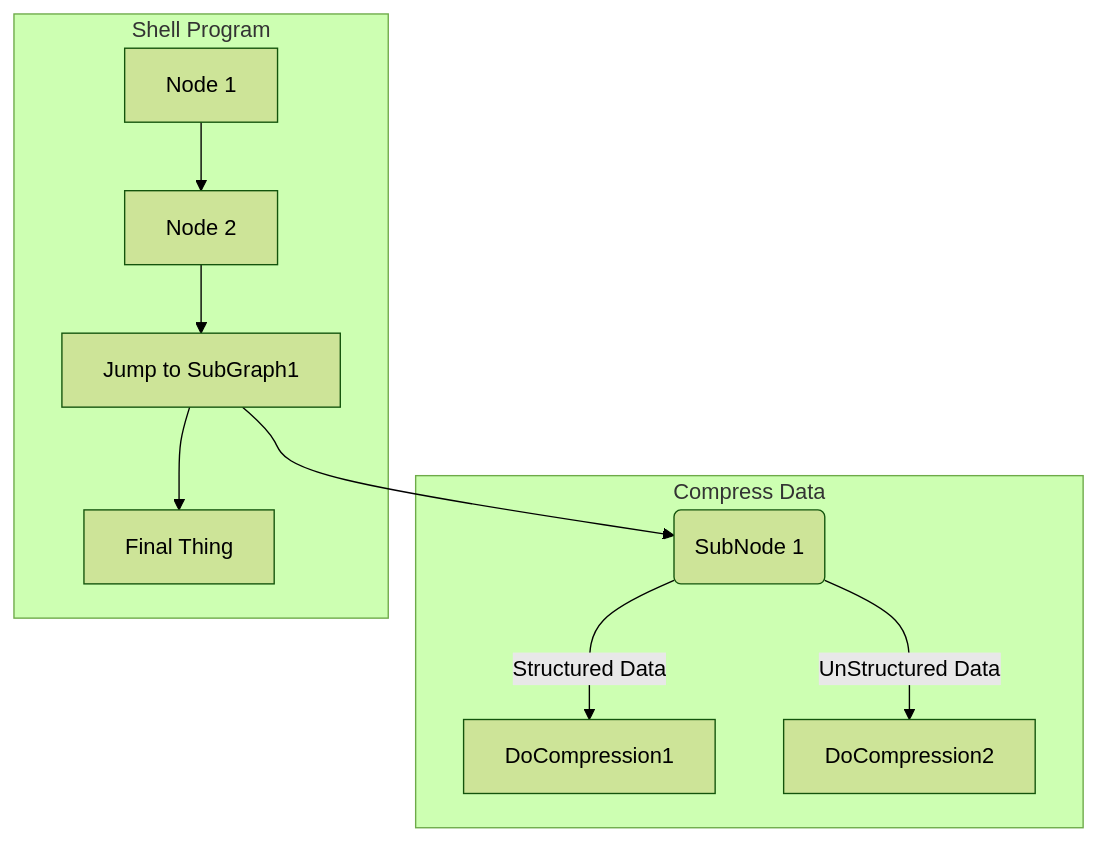
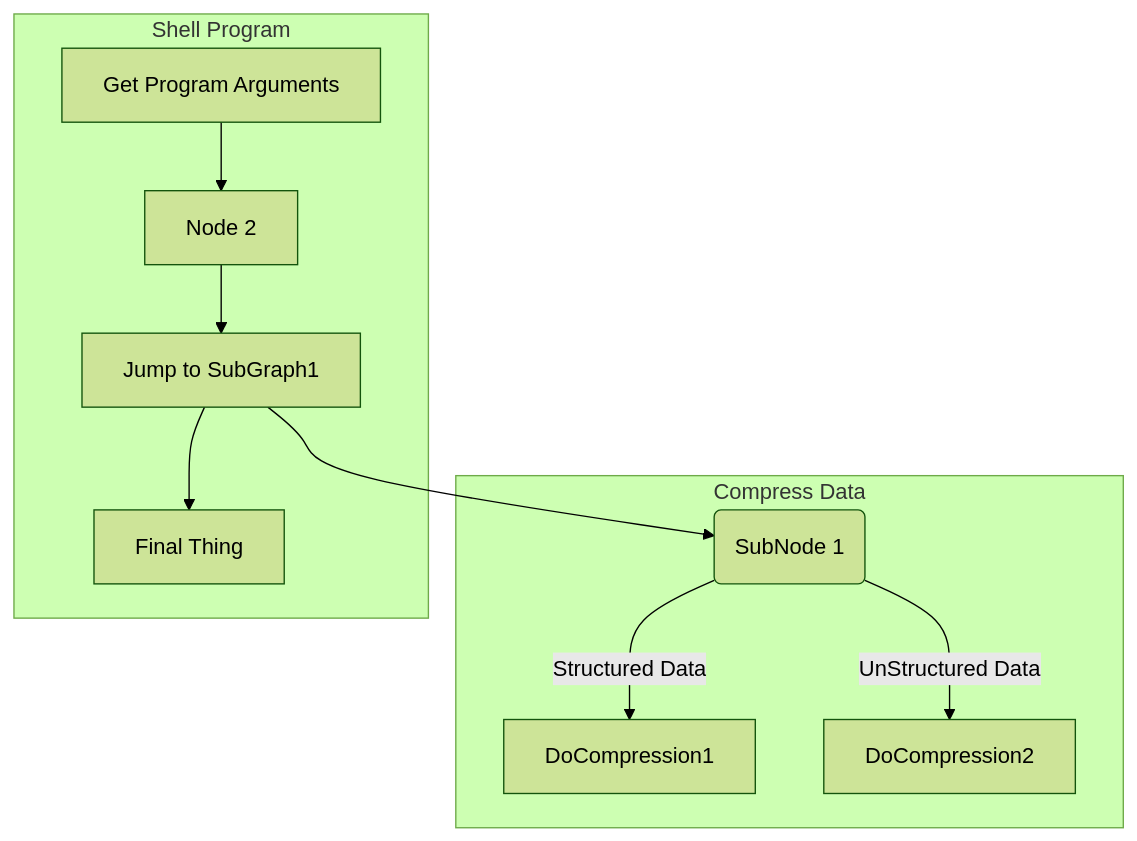
One commit to carldavidbrownjr/repo1 changed the third of 3 diagrams in foundation.git.markdown.md. Above: the diagram before and after it, drawn with Mermaid (forest theme).

````diff
--- a/foundation.git.markdown.md
+++ b/foundation.git.markdown.md
@@ -59,16 +59,16 @@
 ```mermaid
 graph TB
 
   SubGraph1 --> SubGraph1Flow
   subgraph "Compress Data"
   SubGraph1Flow(SubNode 1)
   SubGraph1Flow -- Structured Data --> DoCompression1
   SubGraph1Flow -- UnStructured Data --> DoCompression2
   end
 
   subgraph "Shell Program"
-  userinput[Node 1] --> Node2[Node 2]
+  userinput[Get Program Arguments] --> Node2[Node 2]
   Node2 --> SubGraph1[Jump to SubGraph1]
   SubGraph1 --> FinalThing[Final Thing]
 end
 ```
````
